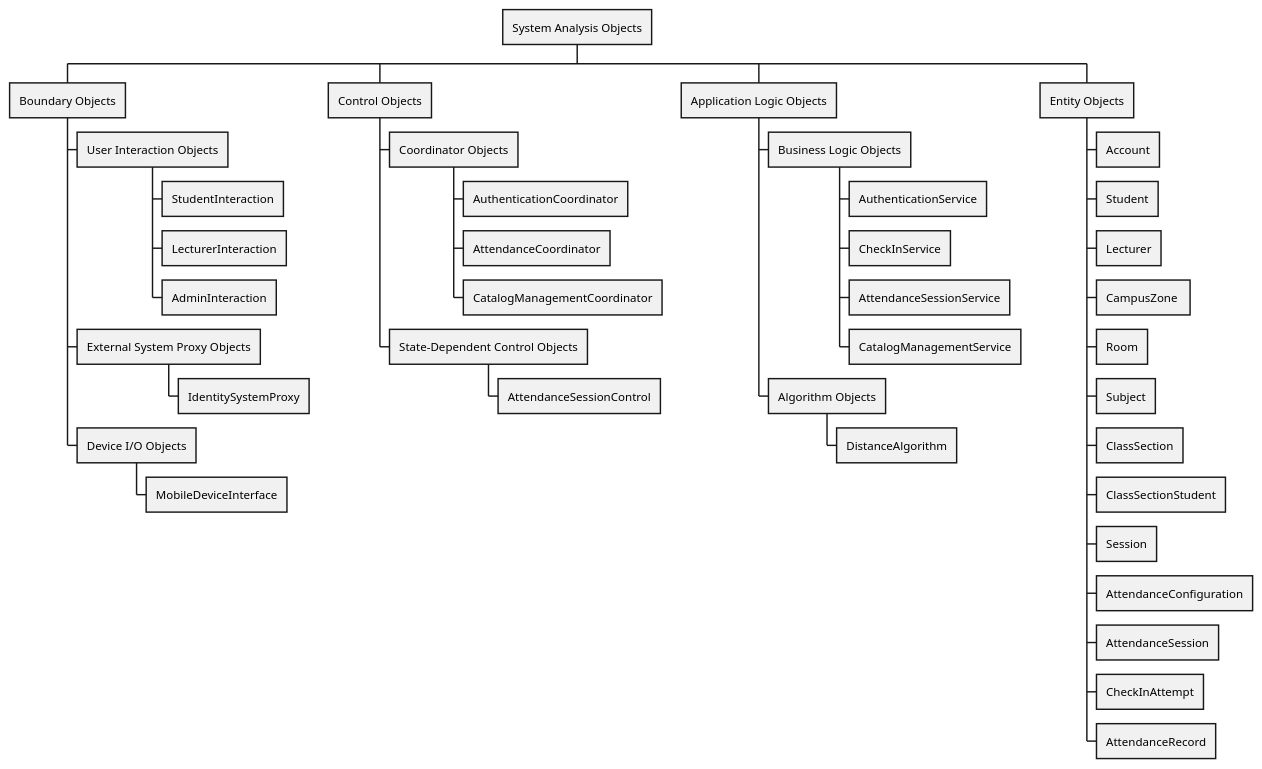
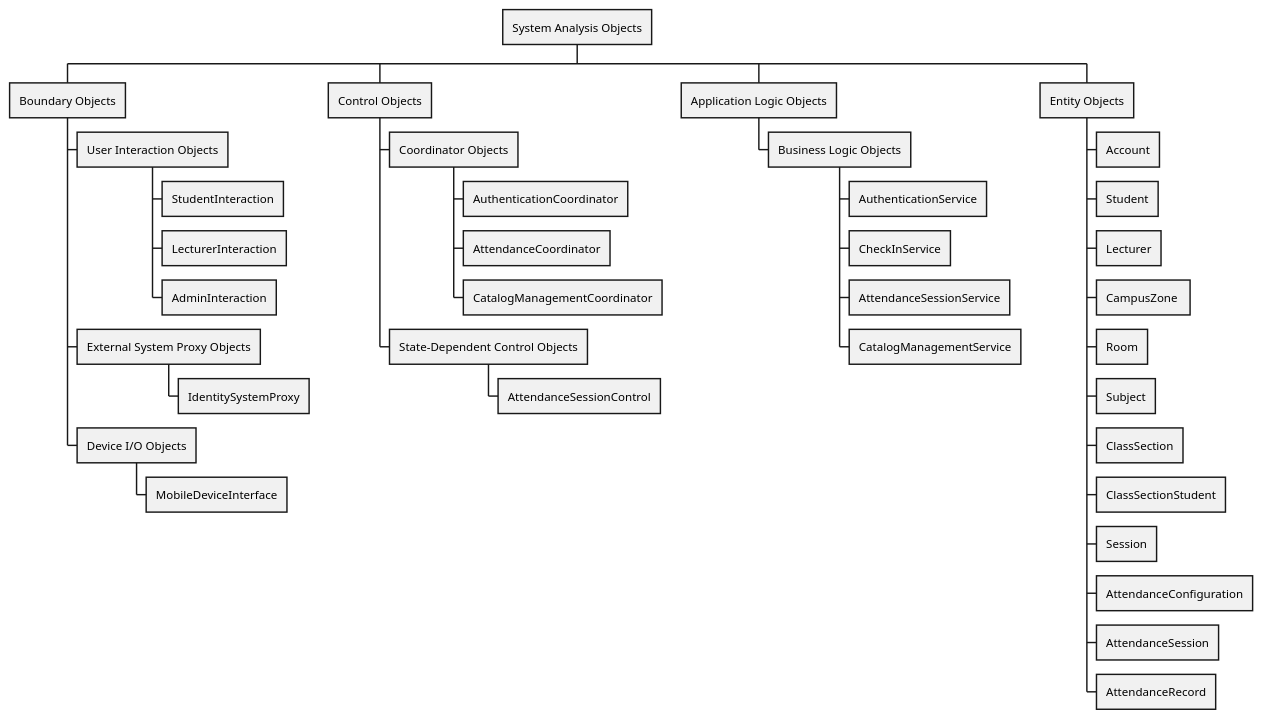
Before and after one commit to nttung42/SWD392: the third of 28 diagrams in docs/rds/2_Analysis.md, drawn with PlantUML. The commit also changed other lines of this file and 4 other files, not shown here.

````diff
--- a/docs/rds/2_Analysis.md
+++ b/docs/rds/2_Analysis.md
@@ -206,43 +190,40 @@
 ```plantuml
 @startwbs
 * System Analysis Objects
 ** Boundary Objects
 *** User Interaction Objects
 **** StudentInteraction
 **** LecturerInteraction
 **** AdminInteraction
 *** External System Proxy Objects
 **** IdentitySystemProxy
 *** Device I/O Objects
 **** MobileDeviceInterface
 ** Control Objects
 *** Coordinator Objects
 **** AuthenticationCoordinator
 **** AttendanceCoordinator
 **** CatalogManagementCoordinator
 *** State-Dependent Control Objects
 **** AttendanceSessionControl
 ** Application Logic Objects
 *** Business Logic Objects
 **** AuthenticationService
 **** CheckInService
 **** AttendanceSessionService
 **** CatalogManagementService
-*** Algorithm Objects
-**** DistanceAlgorithm
 ** Entity Objects
 *** Account
 *** Student
 *** Lecturer
 *** CampusZone 
 *** Room
 *** Subject
 *** ClassSection
 *** ClassSectionStudent
 *** Session
 *** AttendanceConfiguration
 *** AttendanceSession
-*** CheckInAttempt
 *** AttendanceRecord
 @endwbs
 ```
````
